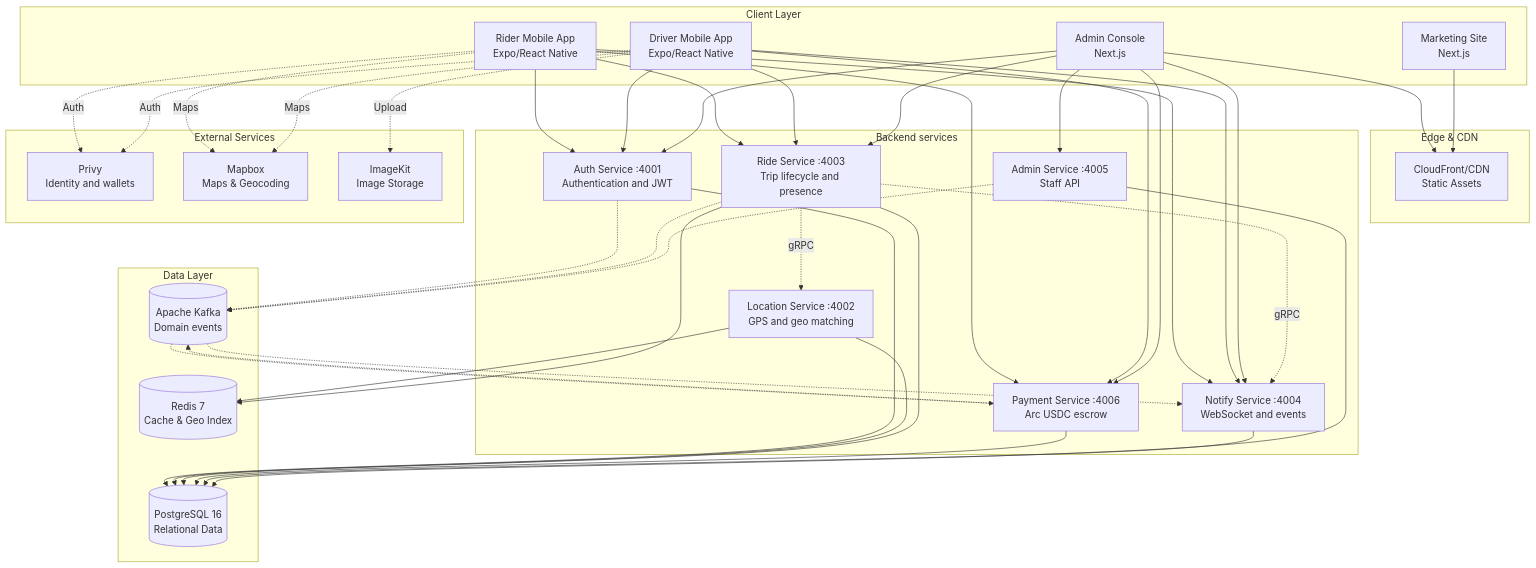
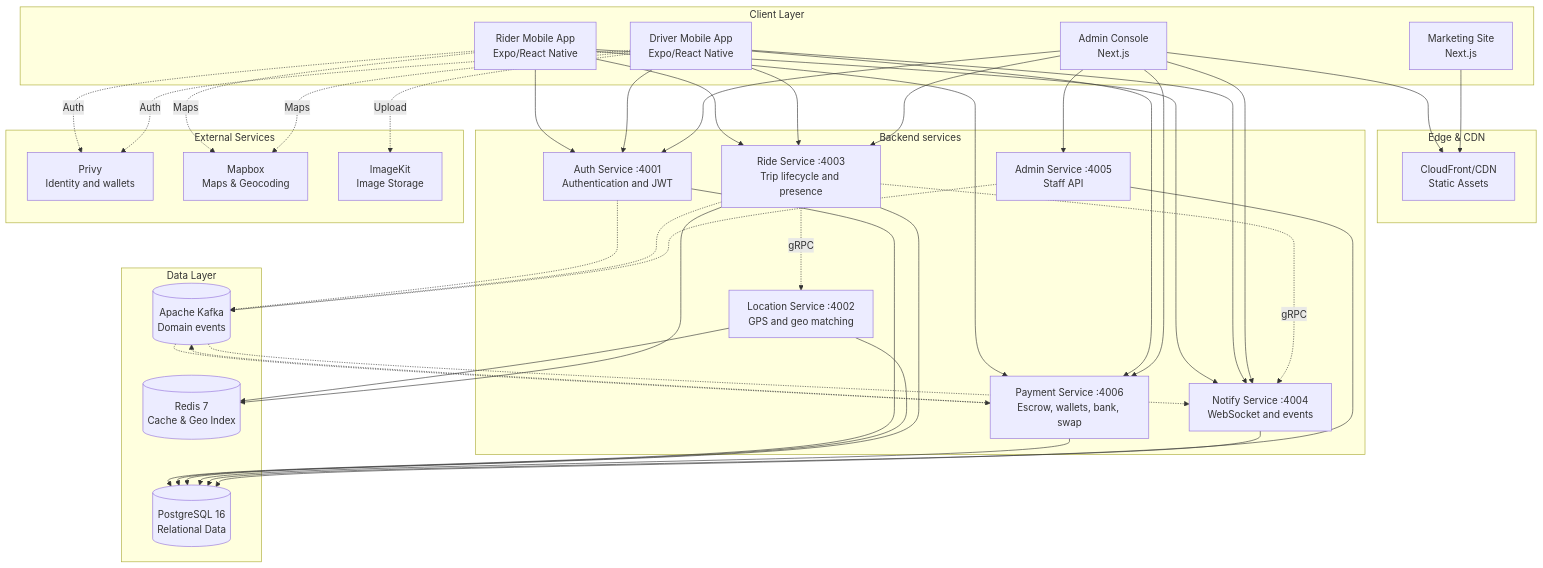
The first of 11 diagrams in ARCHITECTURE.md (13x54n/Eve), drawn with Mermaid before and after one commit. The commit also changed other lines of this file and 22 other files, not shown here.

Commit message:
feat(rider): Privy useFundWallet Buy for Arc USDC onramp

````diff
--- a/ARCHITECTURE.md
+++ b/ARCHITECTURE.md
@@ -34,75 +35,75 @@
 ```mermaid
 graph TB
     subgraph Clients["Client Layer"]
         RiderApp[Rider Mobile App<br/>Expo/React Native]
         DriverApp[Driver Mobile App<br/>Expo/React Native]
         AdminWeb[Admin Console<br/>Next.js]
         WWW[Marketing Site<br/>Next.js]
     end
 
     subgraph CDN["Edge & CDN"]
         CF[CloudFront/CDN<br/>Static Assets]
     end
 
     subgraph API["Backend services"]
         Auth[Auth Service :4001<br/>Authentication and JWT]
         Location[Location Service :4002<br/>GPS and geo matching]
         Ride[Ride Service :4003<br/>Trip lifecycle and presence]
         Notify[Notify Service :4004<br/>WebSocket and events]
         AdminApi[Admin Service :4005<br/>Staff API]
-        Payment[Payment Service :4006<br/>Arc USDC escrow]
+        Payment[Payment Service :4006<br/>Escrow, wallets, bank, swap]
     end
 
     subgraph DataLayer["Data Layer"]
         PG[(PostgreSQL 16<br/>Relational Data)]
         Redis[(Redis 7<br/>Cache & Geo Index)]
         Kafka[(Apache Kafka<br/>Domain events)]
     end
 
     subgraph External["External Services"]
         Privy[Privy<br/>Identity and wallets]
         Mapbox[Mapbox<br/>Maps & Geocoding]
         ImageKit[ImageKit<br/>Image Storage]
     end
 
     RiderApp --> Auth
     RiderApp --> Ride
     RiderApp --> Payment
     RiderApp --> Notify
     DriverApp --> Auth
     DriverApp --> Ride
     DriverApp --> Payment
     DriverApp --> Notify
     AdminWeb --> Auth
     AdminWeb --> AdminApi
     AdminWeb --> Ride
     AdminWeb --> Payment
     AdminWeb --> Notify
 
     Auth --> PG
     Location --> PG
     Location --> Redis
     Ride --> PG
     Ride --> Redis
     Payment --> PG
     Notify --> PG
     Auth -.-> Kafka
     Ride -.-> Kafka
     AdminApi -.-> Kafka
     Payment -.-> Kafka
     Kafka -.-> Notify
     Kafka -.-> Payment
 
     Ride -.gRPC.-> Location
     Ride -.gRPC.-> Notify
     AdminApi --> PG
 
     RiderApp -.Auth.-> Privy
     DriverApp -.Auth.-> Privy
     RiderApp -.Maps.-> Mapbox
     DriverApp -.Maps.-> Mapbox
     DriverApp -.Upload.-> ImageKit
 
     AdminWeb --> CF
     WWW --> CF
 ```
````
